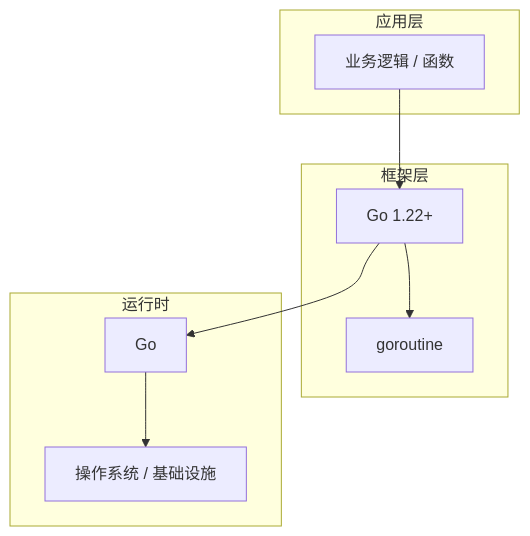
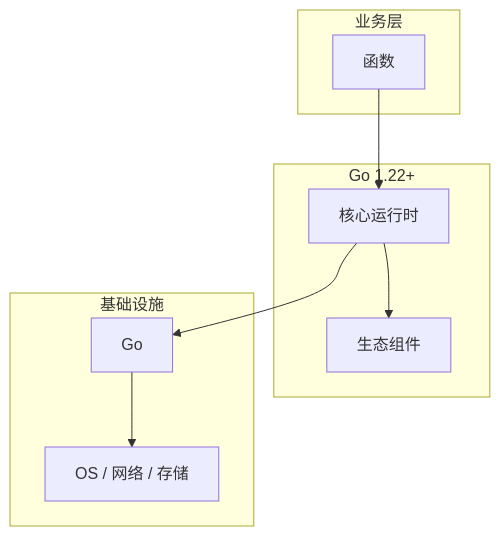
The diagram in articles/Go语言/chapters/025-函数核心概念与原理.md (yanggan2015/knowledge-json-v2), drawn with Mermaid before and after one commit. The commit also changed other lines of this file and 10127 other files, not shown here.

````diff
--- a/articles/Go语言/chapters/025-函数核心概念与原理.md
+++ b/articles/Go语言/chapters/025-函数核心概念与原理.md
@@ -45,18 +34,18 @@
 ```mermaid
 graph TB
-    subgraph 应用层
-        A[业务逻辑 / 函数]
+    subgraph 业务层
+        A[函数]
     end
-    subgraph 框架层
-        B[Go 1.22+]
-        C[goroutine]
+    subgraph Go 1.22+
+        B[核心运行时]
+        C[生态组件]
     end
-    subgraph 运行时
+    subgraph 基础设施
         D[Go]
-        E[操作系统 / 基础设施]
+        E[OS / 网络 / 存储]
     end
     A --> B
     B --> C
     B --> D
     D --> E
 ```
````
